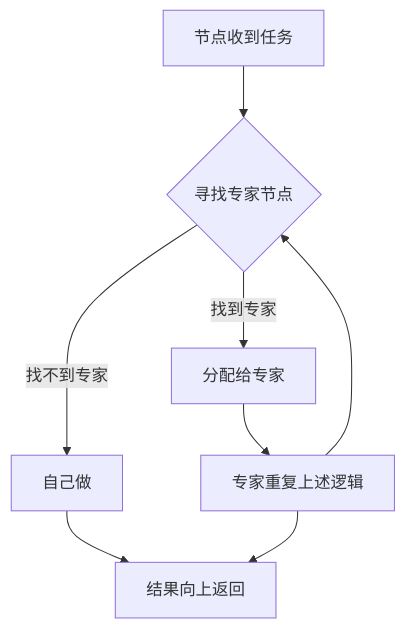
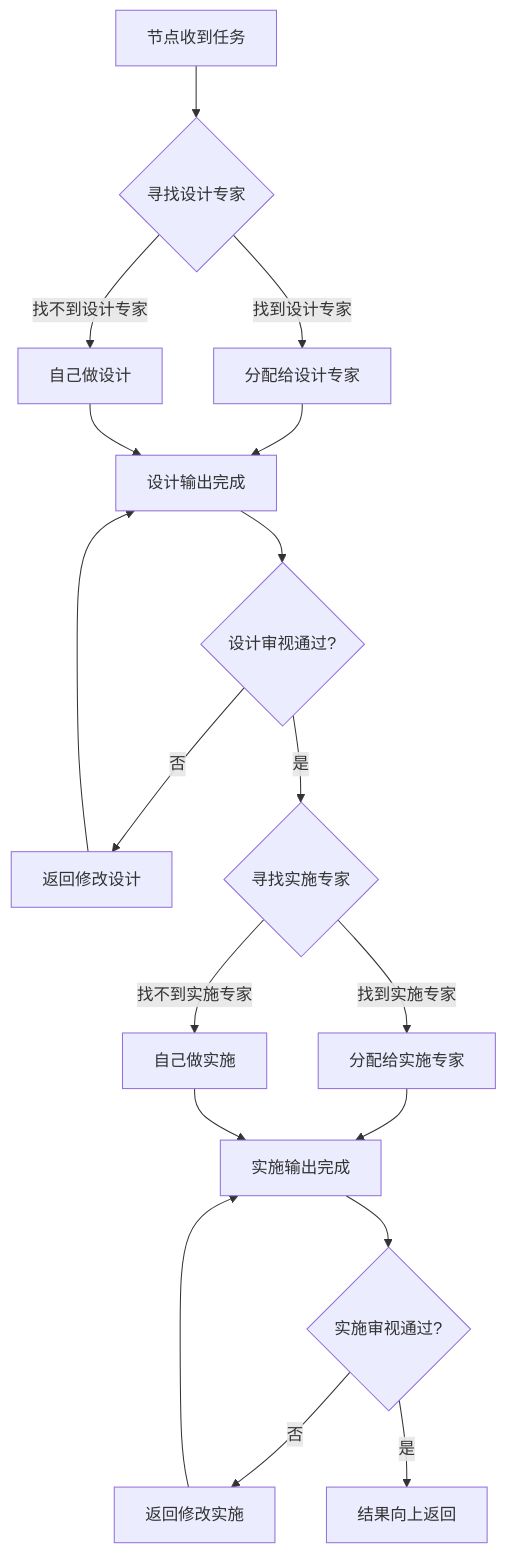
One commit to THZSummer/sddu changed the first of 8 diagrams in .sddu/specs-tree-root/specs-tree-solo-team-flow/discovery.md. Above: the diagram before and after it, drawn with Mermaid. The commit also changed other lines of this file and 1 other file, not shown here.

First line of the commit message:
feat(solo-team-flow): 新增设计先行原则 v2.1.0

````diff
--- a/.sddu/specs-tree-root/specs-tree-solo-team-flow/discovery.md
+++ b/.sddu/specs-tree-root/specs-tree-solo-team-flow/discovery.md
@@ -58,10 +61,20 @@
 ```mermaid
 flowchart TD
-    A[节点收到任务] --> B{寻找专家节点}
-    B -->|找到专家| C[分配给专家]
-    C --> D[专家重复上述逻辑]
-    D --> B
-    B -->|找不到专家| E[自己做]
-    E --> F[结果向上返回]
-    D --> F
+    A[节点收到任务] --> B1{寻找设计专家}
+    B1 -->|找到设计专家| C1[分配给设计专家]
+    B1 -->|找不到设计专家| D1[自己做设计]
+    C1 --> E1[设计输出完成]
+    D1 --> E1
+    E1 --> F1{设计审视通过?}
+    F1 -->|否| G1[返回修改设计]
+    G1 --> E1
+    F1 -->|是| B2{寻找实施专家}
+    B2 -->|找到实施专家| C2[分配给实施专家]
+    B2 -->|找不到实施专家| D2[自己做实施]
+    C2 --> E2[实施输出完成]
+    D2 --> E2
+    E2 --> F2{实施审视通过?}
+    F2 -->|否| G2[返回修改实施]
+    G2 --> E2
+    F2 -->|是| H[结果向上返回]
 ```
````
